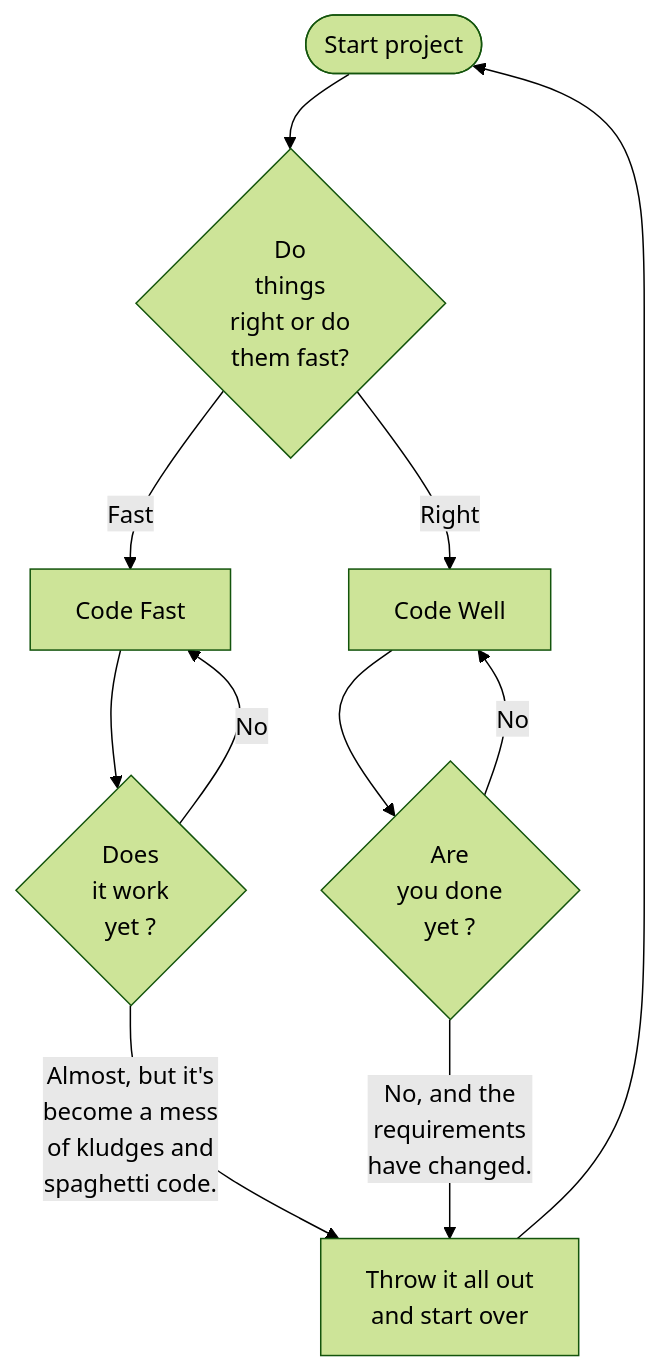
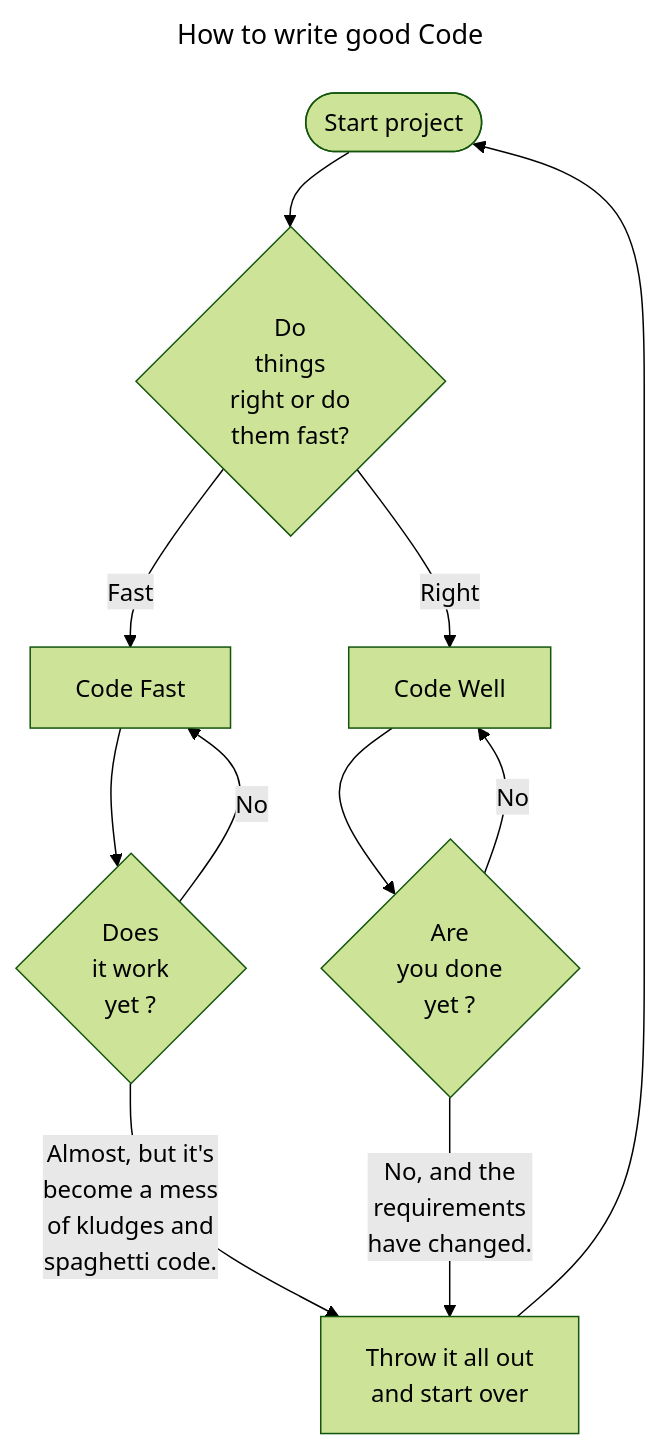
One commit to davidbascin/csharp changed the first of 2 diagrams in mermaid.md. Above: the diagram before and after it, drawn with Mermaid. The commit also changed other lines of this file and 96 other files, not shown here.

````diff
--- a/mermaid.md
+++ b/mermaid.md
@@ -6,18 +6,19 @@
 ```mermaid
 ---
+title: How to write good Code
 config:
   look: classic
   theme: forest
 ---
 flowchart TB
     Start([Start project]) --> RightOrFast{Do<br>things<br>right or do<br>them fast?};
     RightOrFast -- Fast --> CodeFast[Code Fast];
     CodeFast --> DoesItWork{Does<br>it work<br>yet ?};
     DoesItWork -- No --> CodeFast;
     DoesItWork -- "Almost, but it's<br>become a mess<br>of kludges and<br>spaghetti code." --> Throw[Throw it all out<br>and start over];
     Throw --> Start;
     RightOrFast -- Right --> CodeWell[Code Well];
     CodeWell --> DoneYet{Are<br>you done<br>yet ?};
     DoneYet -- No --> CodeWell;
     DoneYet -- "No, and the<br>requirements<br>have changed." --> Throw;
 ```
````
